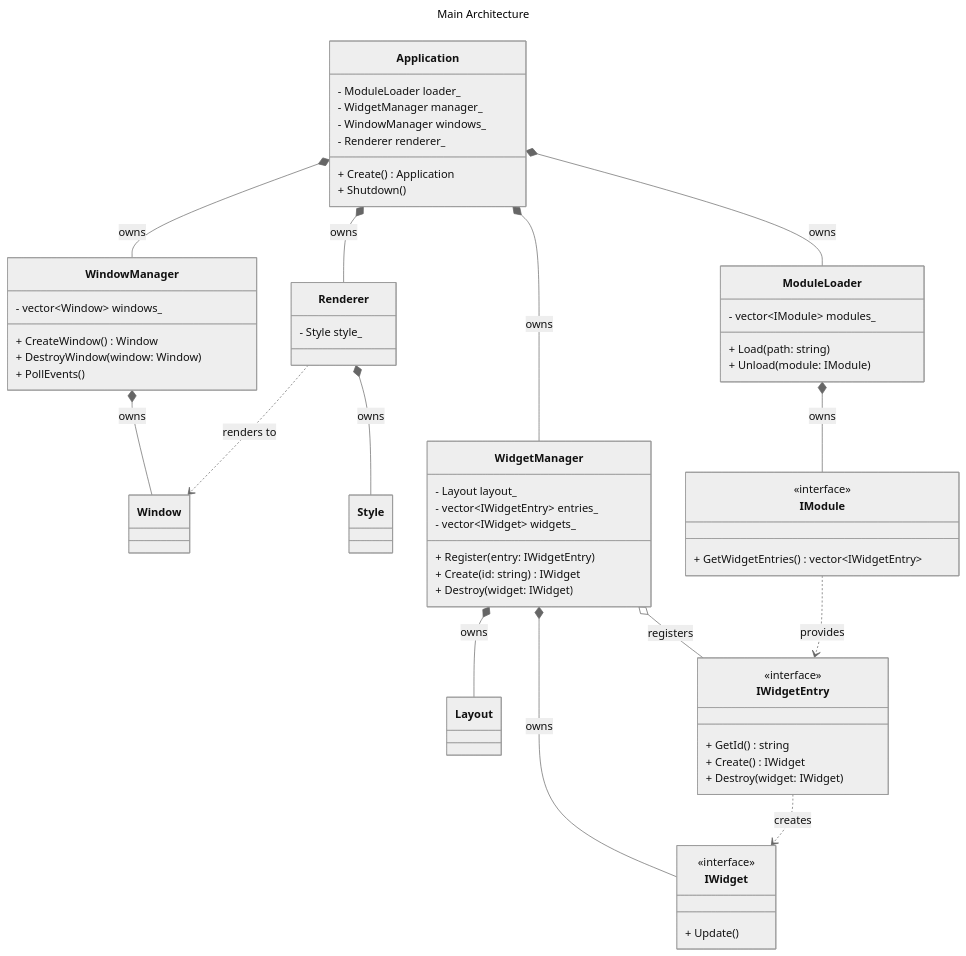
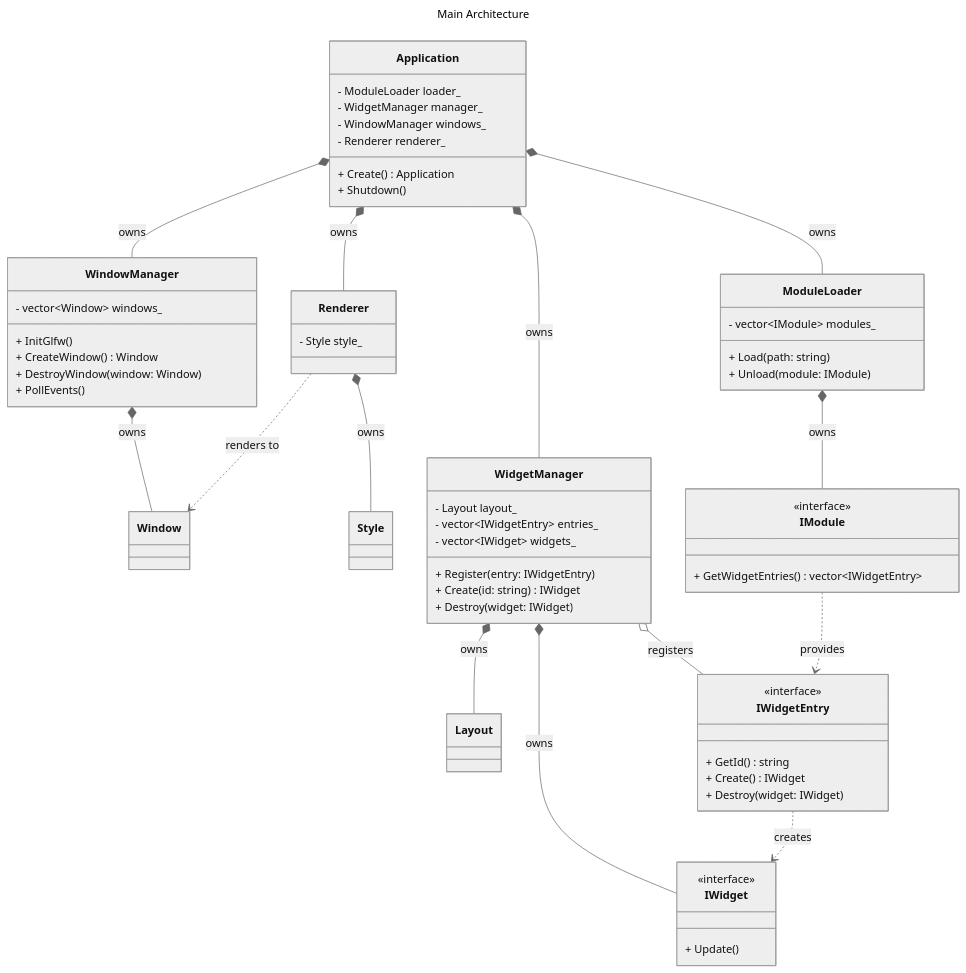
Before and after one commit to Arc-Asumity/broise: the diagram in docs/UML.md, drawn with Mermaid (neutral theme). The commit also changed 4 other files, not shown here.

```diff
--- a/docs/UML.md
+++ b/docs/UML.md
@@ -19,6 +19,7 @@
 
 class WindowManager {
 - vector~Window~ windows_
++ InitGlfw()
 + CreateWindow() Window
 + DestroyWindow(window: Window)
 + PollEvents()
```
